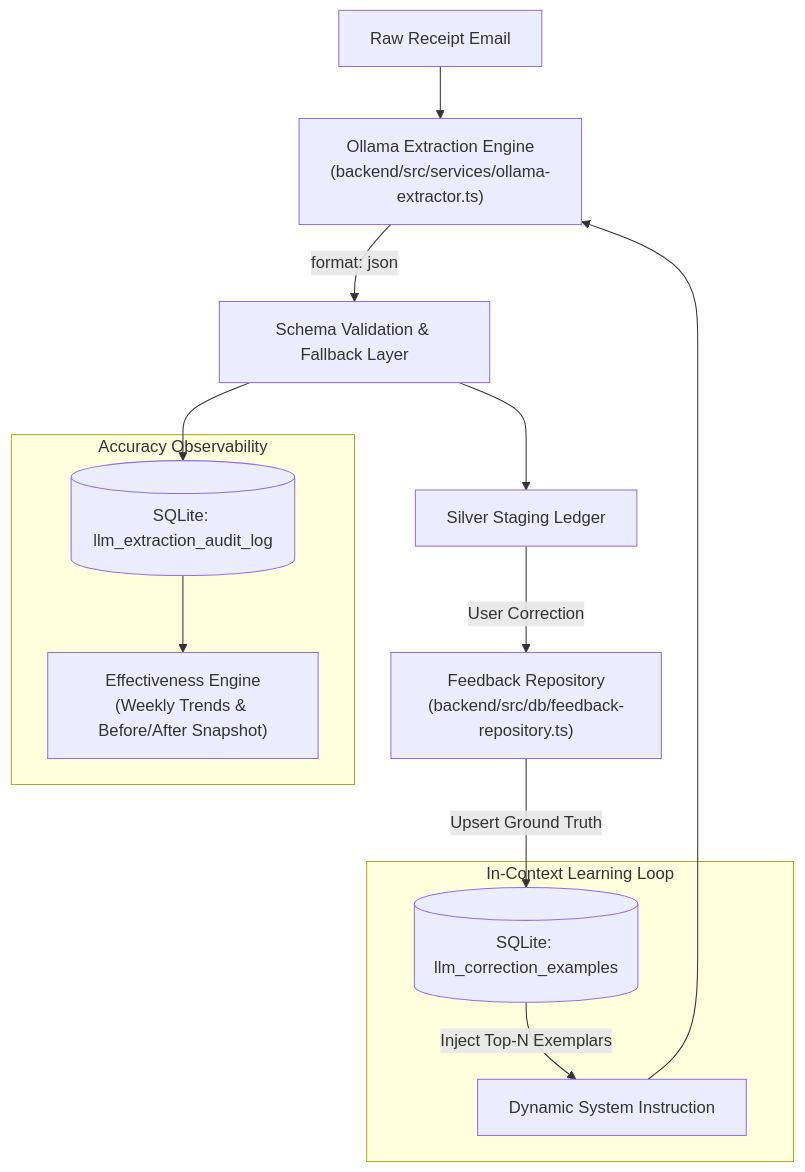
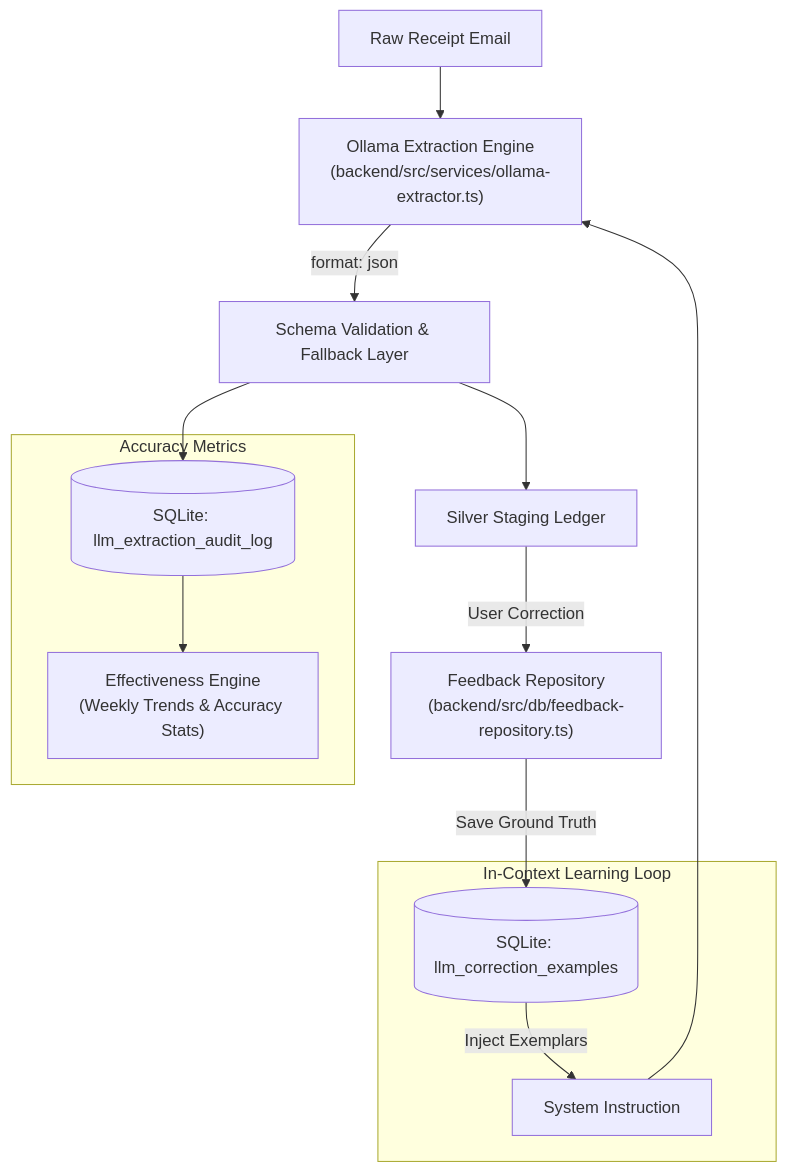
One commit to joymathews/daily-expense changed the third of 4 diagrams in README.md. Above: the diagram before and after it, drawn with Mermaid. The commit also changed other lines of this file and 1 other file, not shown here.

````diff
--- a/README.md
+++ b/README.md
@@ -70,20 +70,20 @@
 ```mermaid
 flowchart TD
     RawEmail["Raw Receipt Email"] --> ExtractEngine["Ollama Extraction Engine<br/>(backend/src/services/ollama-extractor.ts)"]
     
     subgraph FewShotLoop ["In-Context Learning Loop"]
-        DBExamples[("SQLite: llm_correction_examples")] -->|Inject Top-N Exemplars| DynamicPrompt["Dynamic System Instruction"]
+        DBExamples[("SQLite: llm_correction_examples")] -->|Inject Exemplars| DynamicPrompt["System Instruction"]
     end
     
     DynamicPrompt --> ExtractEngine
     ExtractEngine -->|format: json| JSONValidation["Schema Validation & Fallback Layer"]
     JSONValidation --> AuditDB[("SQLite: llm_extraction_audit_log")]
     JSONValidation --> SilverStage["Silver Staging Ledger"]
     
     SilverStage -->|User Correction| FeedbackRepo["Feedback Repository<br/>(backend/src/db/feedback-repository.ts)"]
-    FeedbackRepo -->|Upsert Ground Truth| DBExamples
+    FeedbackRepo -->|Save Ground Truth| DBExamples
     
-    subgraph Observability ["Accuracy Observability"]
-        AuditDB --> AccuracyMetrics["Effectiveness Engine<br/>(Weekly Trends & Before/After Snapshot)"]
+    subgraph Observability ["Accuracy Metrics"]
+        AuditDB --> AccuracyMetrics["Effectiveness Engine<br/>(Weekly Trends & Accuracy Stats)"]
     end
 ```
````
